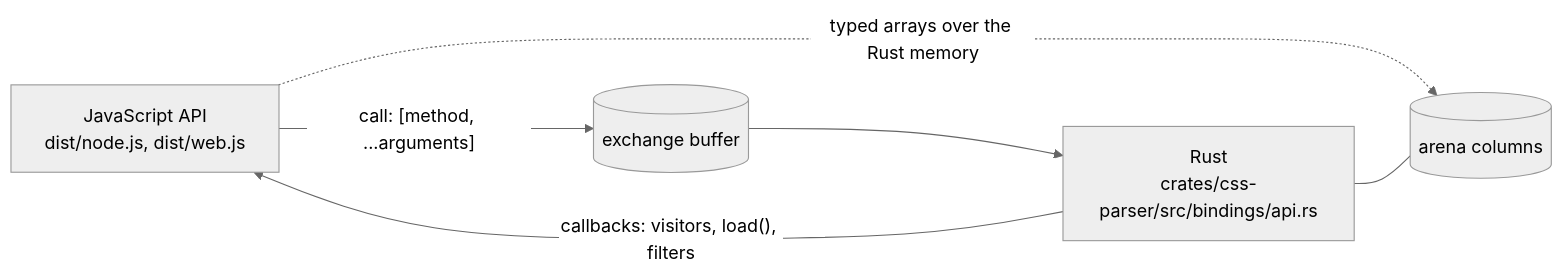
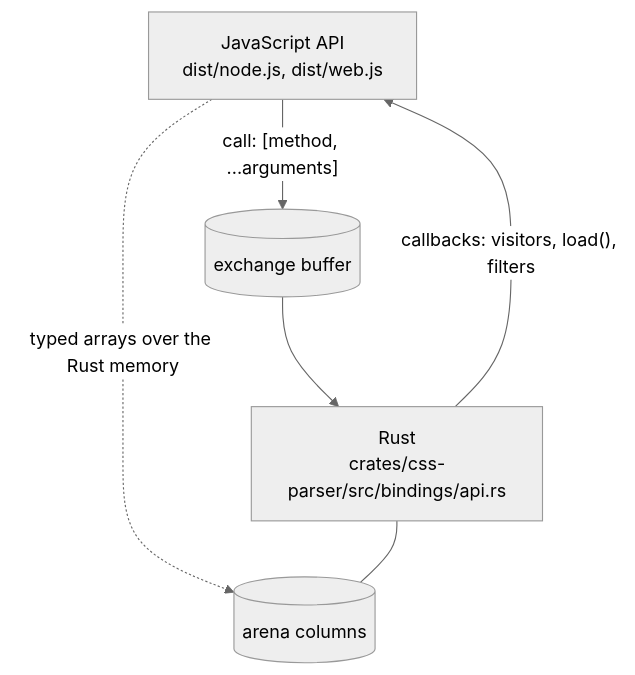
The diagram in files/bindings.md (tbela99/rust-css-parser), drawn with Mermaid (neutral theme) before and after one commit. The commit also changed other lines of this file and 29 other files, not shown here.

````diff
--- a/files/bindings.md
+++ b/files/bindings.md
@@ -50,8 +73,8 @@
 ```mermaid
-flowchart LR
+flowchart TB
     js["JavaScript API<br/>dist/node.js, dist/web.js"] -- "call: [method, ...arguments]" --> buffer[("exchange buffer")]
     buffer --> rust["Rust<br/>crates/css-parser/src/bindings/api.rs"]
     rust -- "callbacks: visitors, load(), filters" --> js
     js -. "typed arrays over the Rust memory" .-> columns[("arena columns")]
     rust --- columns
 ```
````
